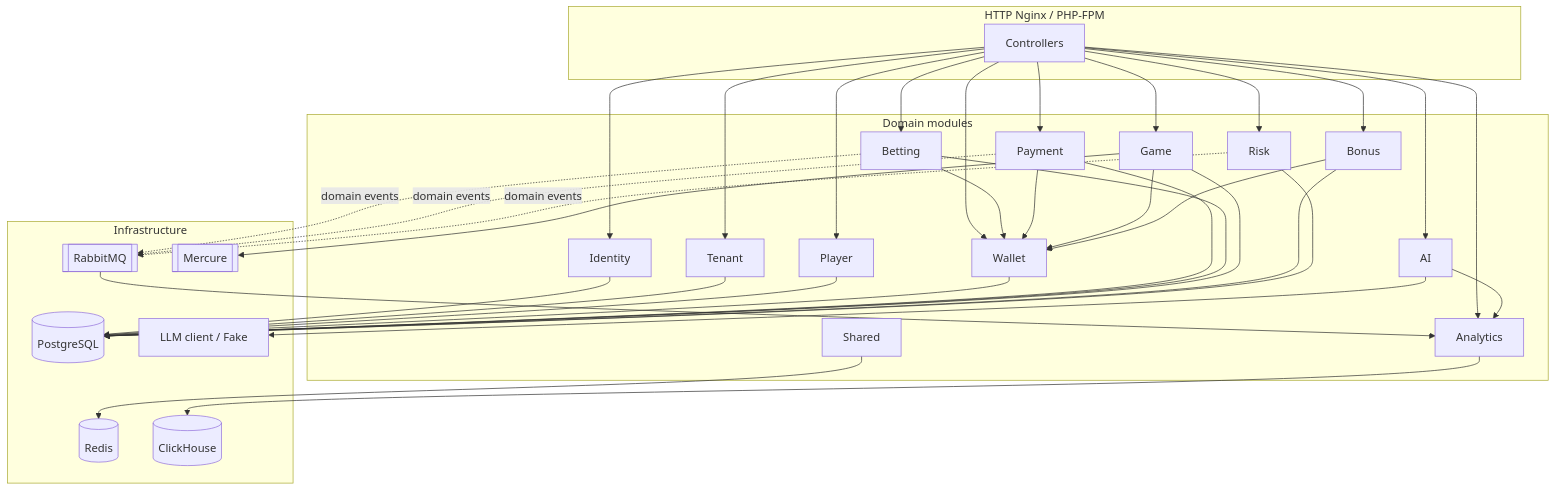
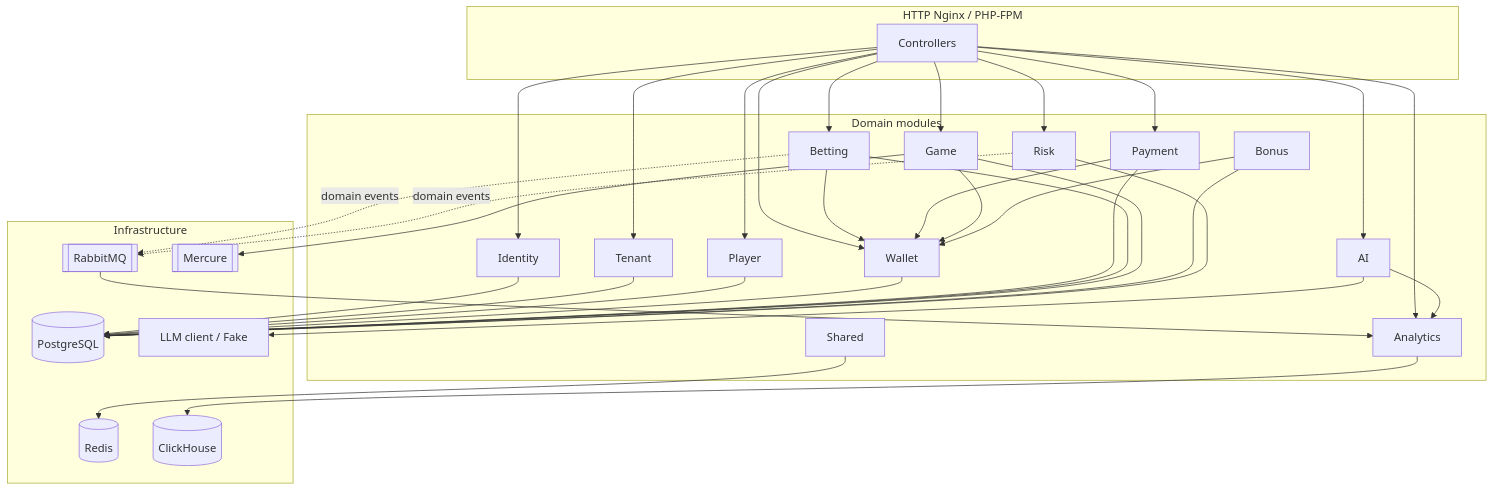
One commit to JohnStormP/black-tail changed the diagram in docs/architecture.md. Above: the diagram before and after it, drawn with Mermaid. The commit also changed other lines of this file and 2 other files, not shown here.

````diff
--- a/docs/architecture.md
+++ b/docs/architecture.md
@@ -13,68 +13,66 @@
 ```mermaid
 flowchart TB
   subgraph http [HTTP Nginx / PHP-FPM]
     API[Controllers]
   end
 
   subgraph modules [Domain modules]
     Identity
     Tenant
     Player
     Wallet
     Payment
     Betting
     Game
     Bonus
     Risk
     Analytics
     AI
     Shared
   end
 
   subgraph infra [Infrastructure]
     PG[(PostgreSQL)]
     Redis[(Redis)]
     RMQ[[RabbitMQ]]
     CH[(ClickHouse)]
     Mercure[[Mercure]]
     LLM[LLM client / Fake]
   end
 
   API --> Identity
   API --> Tenant
   API --> Player
   API --> Wallet
   API --> Payment
   API --> Betting
   API --> Game
-  API --> Bonus
   API --> Risk
   API --> Analytics
   API --> AI
 
   Betting --> Wallet
   Payment --> Wallet
   Game --> Wallet
   Bonus --> Wallet
   AI --> Analytics
 
   Identity --> PG
   Tenant --> PG
   Player --> PG
   Wallet --> PG
   Payment --> PG
   Betting --> PG
   Game --> PG
   Bonus --> PG
   Risk --> PG
 
   Betting -.->|domain events| RMQ
-  Payment -.->|domain events| RMQ
   Risk -.->|domain events| RMQ
   RMQ --> Analytics
   Analytics --> CH
 
   Game --> Mercure
   Shared --> Redis
   AI --> LLM
 ```
````
